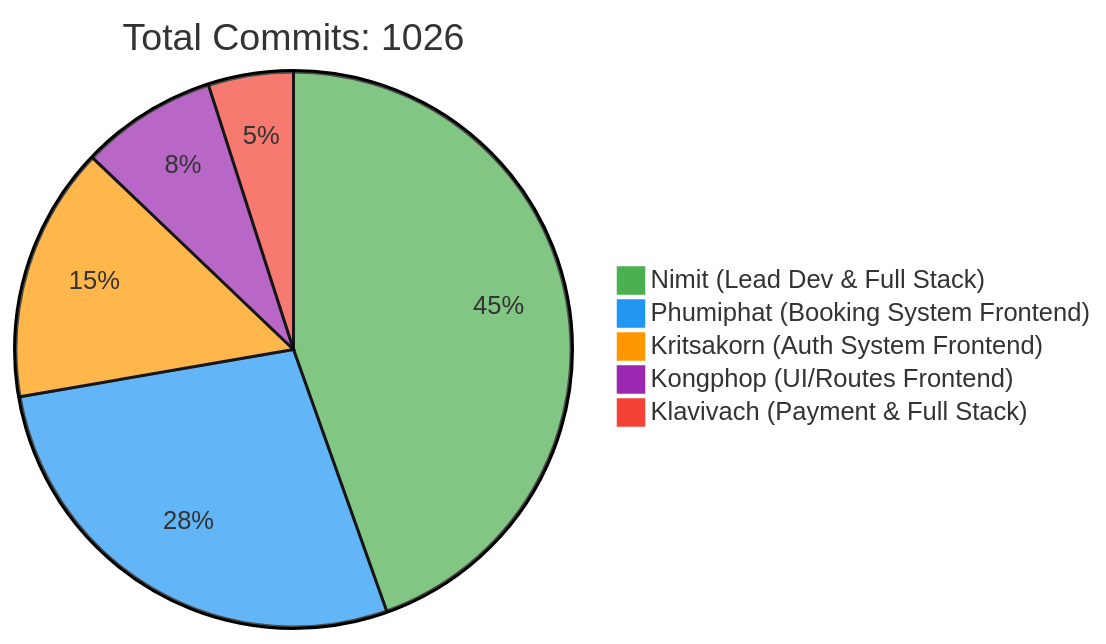
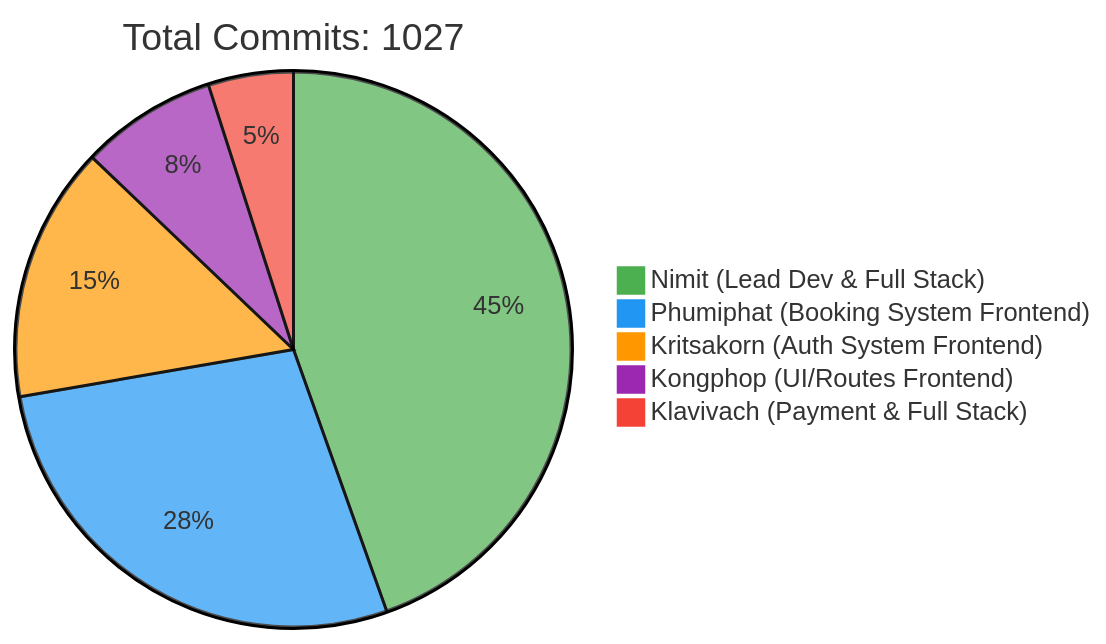
One commit to 6531503042/Sport-Complex changed the first of 2 diagrams in README.md. Above: the diagram before and after it, drawn with Mermaid. The commit also changed other lines of this file, not shown here.

Commit message:
docs: Update contributor statistics [skip ci]

````diff
--- a/README.md
+++ b/README.md
@@ -240,10 +240,10 @@
 ```mermaid
 %%{init: {'theme': 'base', 'themeVariables': { 'pie1': '#4CAF50', 'pie2': '#2196F3', 'pie3': '#FF9800', 'pie4': '#9C27B0', 'pie5': '#F44336'}}}%%
 pie
-    title Total Commits: 1026
+    title Total Commits: 1027
     "Nimit (Lead Dev & Full Stack)" : 450
     "Phumiphat (Booking System Frontend)" : 280
     "Kritsakorn (Auth System Frontend)" : 150
     "Kongphop (UI/Routes Frontend)" : 80
     "Klavivach (Payment & Full Stack)" : 50
 ```
````
